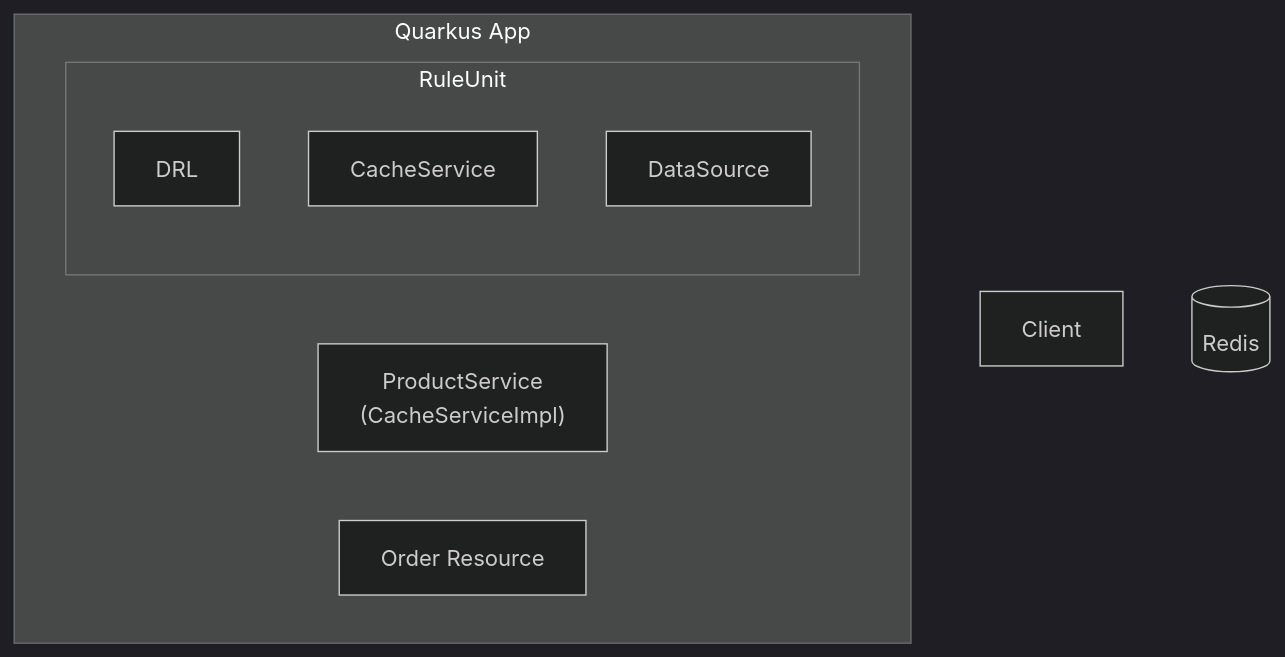
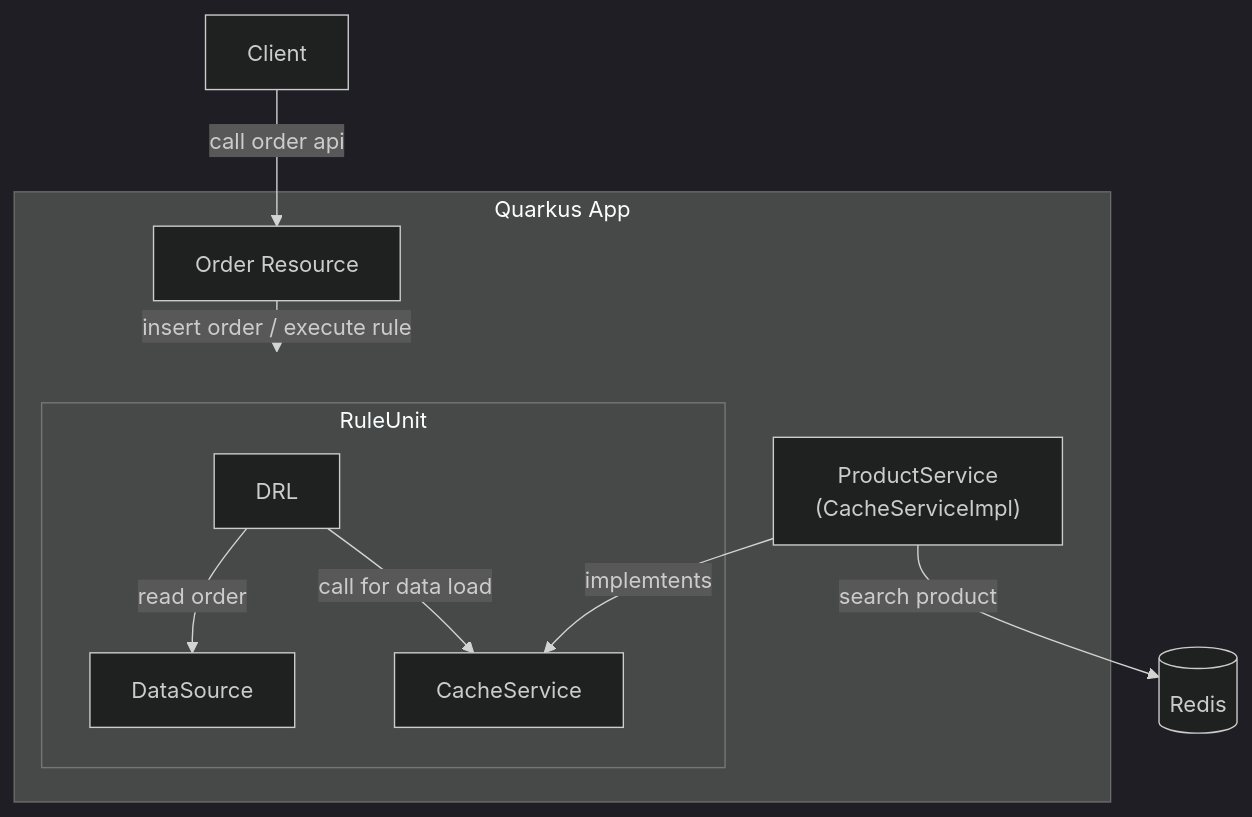
The diagram in README.md (Hami1ton/rulebased_cache_pattern), drawn with Mermaid (dark theme) before and after one commit.

````diff
--- a/README.md
+++ b/README.md
@@ -4,17 +4,23 @@
 ```mermaid
 graph
 
 subgraph Quarkus App
     subgraph 0_[RuleUnit]
         1_[DRL]
         2_[CacheService]
         3_[DataSource]
     end
     4_["ProductService\n(CacheServiceImpl)"]
     5_[Order Resource]
 end
 
 6_[Client]
 8_[(Redis)]
 
+6_ -->| call order api | 5_
+5_ -->| insert order / execute rule | 0_
+4_ -->| implemtents | 2_
+4_ -->| search product | 8_
+1_ -->| call for data load | 2_
+1_ -->| read order | 3_
 ```
````
